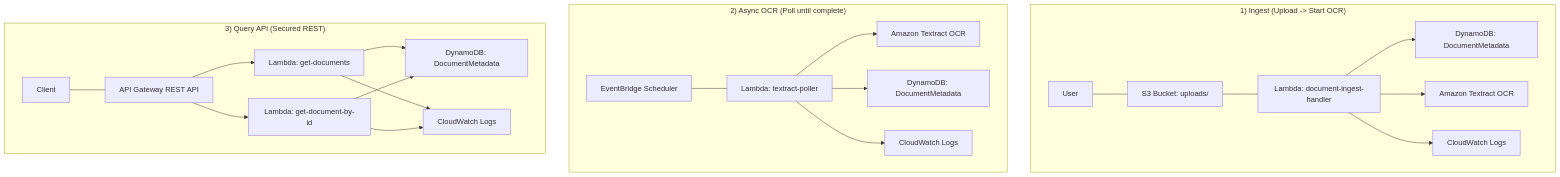
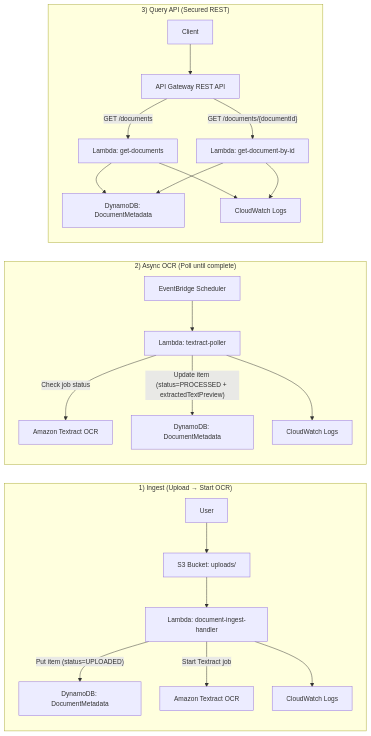
The diagram in README.md (YogithR/Serverless-Document-Processing-Pipeline-AWS-), drawn with Mermaid before and after one commit.

````diff
--- a/README.md
+++ b/README.md
@@ -12,32 +12,34 @@
 ```mermaid
-flowchart TB
+%%{init: {"flowchart": {"nodeSpacing": 40, "rankSpacing": 40, "curve": "basis"}, "themeVariables": {"fontSize": "14px"}} }%%
+flowchart LR
 
-subgraph ING["1) Ingest (Upload -> Start OCR)"]
-direction LR
-U[User] --- S3["S3 Bucket: uploads/"]
-S3 --- L1["Lambda: document-ingest-handler"]
-L1 --> DDB1["DynamoDB: DocumentMetadata"]
-L1 --> TX1["Amazon Textract OCR"]
+subgraph ING["1) Ingest (Upload → Start OCR)"]
+direction TB
+U[User] --> S3["S3 Bucket: uploads/"]
+S3 --> L1["Lambda: document-ingest-handler"]
+L1 -->|"Put item (status=UPLOADED)"| DDB1["DynamoDB: DocumentMetadata"]
+L1 -->|"Start Textract job"| TX1["Amazon Textract OCR"]
 L1 --> CW1["CloudWatch Logs"]
 end
 
 subgraph ASYNC["2) Async OCR (Poll until complete)"]
-direction LR
-EB["EventBridge Scheduler"] --- L2["Lambda: textract-poller"]
-L2 --> TX2["Amazon Textract OCR"]
-L2 --> DDB2["DynamoDB: DocumentMetadata"]
+direction TB
+EB["EventBridge Scheduler"] --> L2["Lambda: textract-poller"]
+L2 -->|"Check job status"| TX2["Amazon Textract OCR"]
+L2 -->|"Update item (status=PROCESSED + extractedTextPreview)"| DDB2["DynamoDB: DocumentMetadata"]
 L2 --> CW2["CloudWatch Logs"]
 end
 
 subgraph API["3) Query API (Secured REST)"]
-direction LR
-C[Client] --- APIGW["API Gateway REST API"]
-APIGW --> L3["Lambda: get-documents"]
-APIGW --> L4["Lambda: get-document-by-id"]
+direction TB
+C[Client] --> APIGW["API Gateway REST API"]
+APIGW -->|"GET /documents"| L3["Lambda: get-documents"]
+APIGW -->|"GET /documents/{documentId}"| L4["Lambda: get-document-by-id"]
 L3 --> DDB3["DynamoDB: DocumentMetadata"]
 L4 --> DDB3
 L3 --> CW3["CloudWatch Logs"]
 L4 --> CW3
 end
 
+
 ```
````
